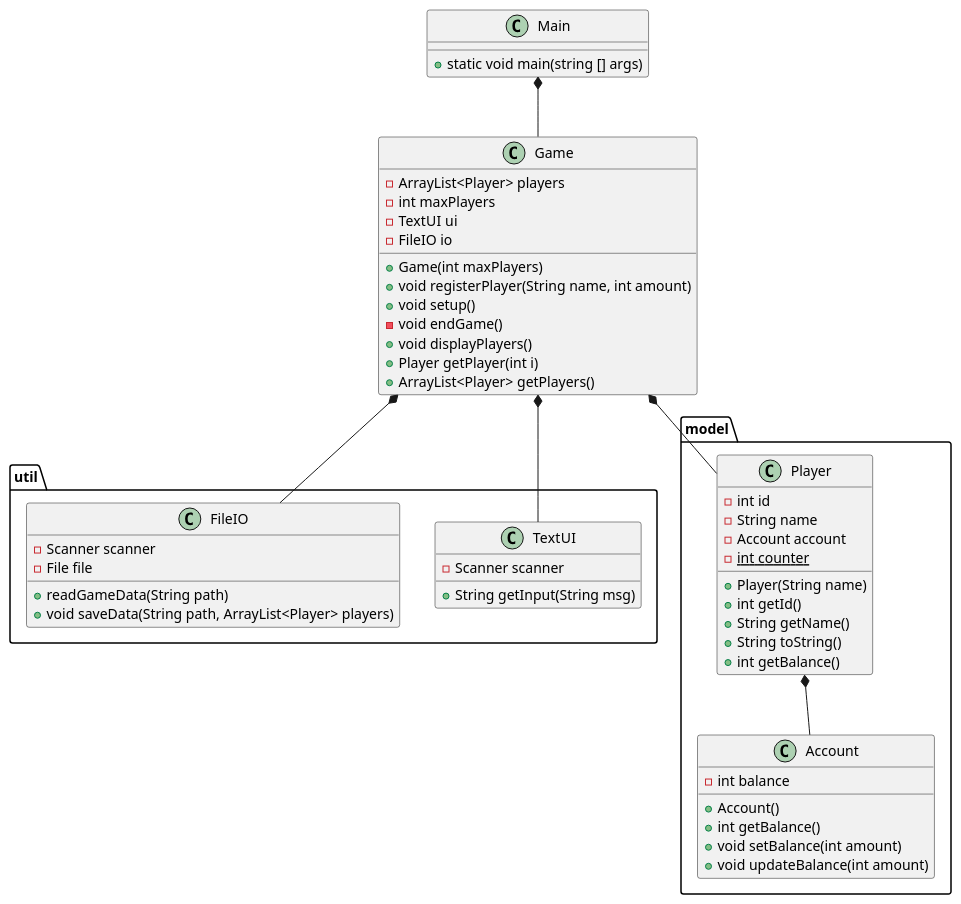
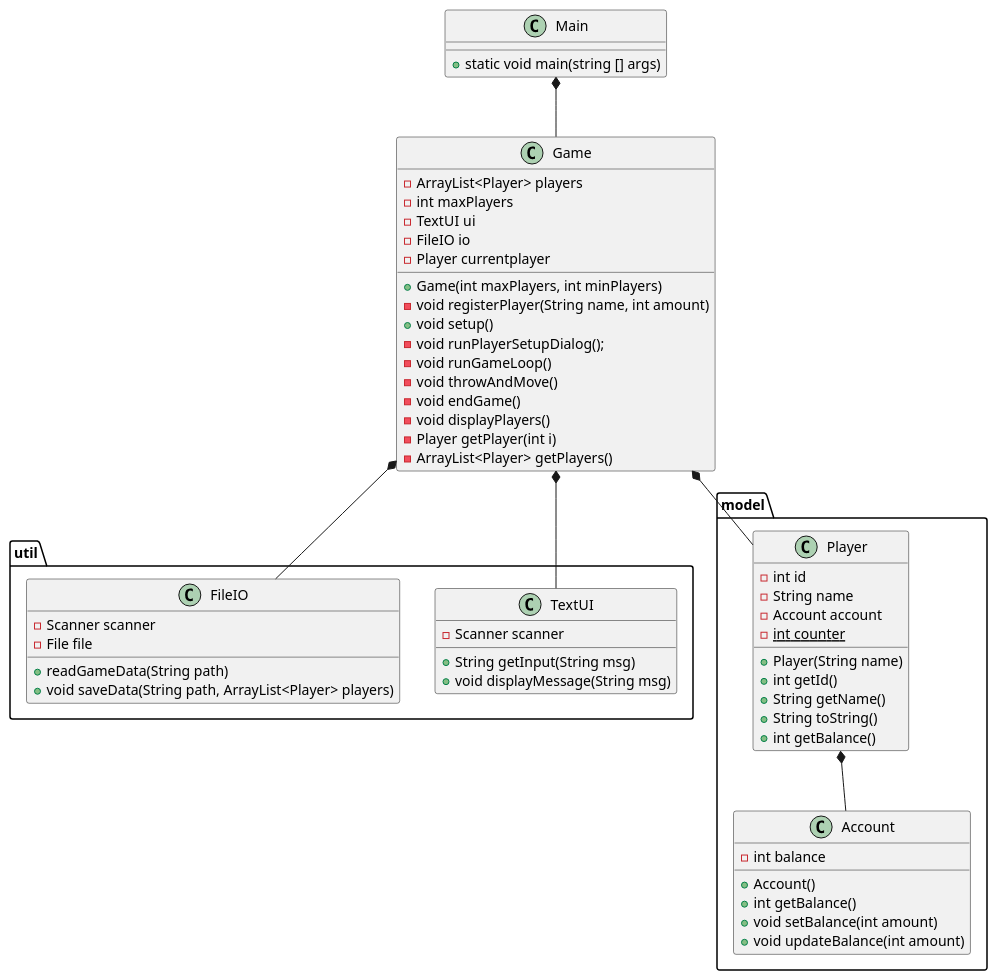
One commit to babanoelk/Monopoly changed the diagram in doc/classdiagram.puml. Above: the diagram before and after it, drawn with PlantUML.

Commit message:
Update classdiagram.puml
new methods in Game class

```diff
--- a/doc/classdiagram.puml
+++ b/doc/classdiagram.puml
@@ -1,59 +1,64 @@
 @startuml
 'https://plantuml.com/class-diagram
 
 class Main
 class Game
 
 package "util"{
 class TextUI
 class FileIO
 }
 package "model"{
 class Player
 class Account
 }
 Main *-- Game
 Game *-- TextUI
 Game *-- FileIO
 Game *-- Player
 Player *-- Account
 
 Main : + static void main(string [] args)
 
 Player : -int id
 Player  : -String name
 Player  : -Account account
 Player  : -{static} int counter
 Player  : +Player(String name)
 Player  : +int getId()
 Player  : +String getName()
 Player  : +String toString()
 Player  : +int getBalance()
 
 Account : - int balance
 Account : + Account()
 Account : + int getBalance()
 Account : + void setBalance(int amount)
 Account : + void updateBalance(int amount)
 
 Game : - ArrayList<Player> players
 Game : - int maxPlayers
 Game : - TextUI ui
 Game : - FileIO io
-Game : + Game(int maxPlayers)
-Game : + void registerPlayer(String name, int amount)
+Game : - Player currentplayer
+Game : + Game(int maxPlayers, int minPlayers)
+Game : - void registerPlayer(String name, int amount)
 Game : + void setup()
+Game : - void runPlayerSetupDialog();
+Game : - void runGameLoop()
+Game : - void throwAndMove()
 Game : - void endGame()
-Game : + void displayPlayers()
-Game : + Player getPlayer(int i)
-Game : + ArrayList<Player> getPlayers()
+Game : - void displayPlayers()
+Game : - Player getPlayer(int i)
+Game : - ArrayList<Player> getPlayers()
 
 TextUI : + String getInput(String msg)
 TextUI : - Scanner scanner
+TextUI : + void displayMessage(String msg)
 
 FileIO : - Scanner scanner
 FileIO : - File file
 FileIO : + readGameData(String path)
 FileIO : + void saveData(String path, ArrayList<Player> players)
 
 @enduml
```
